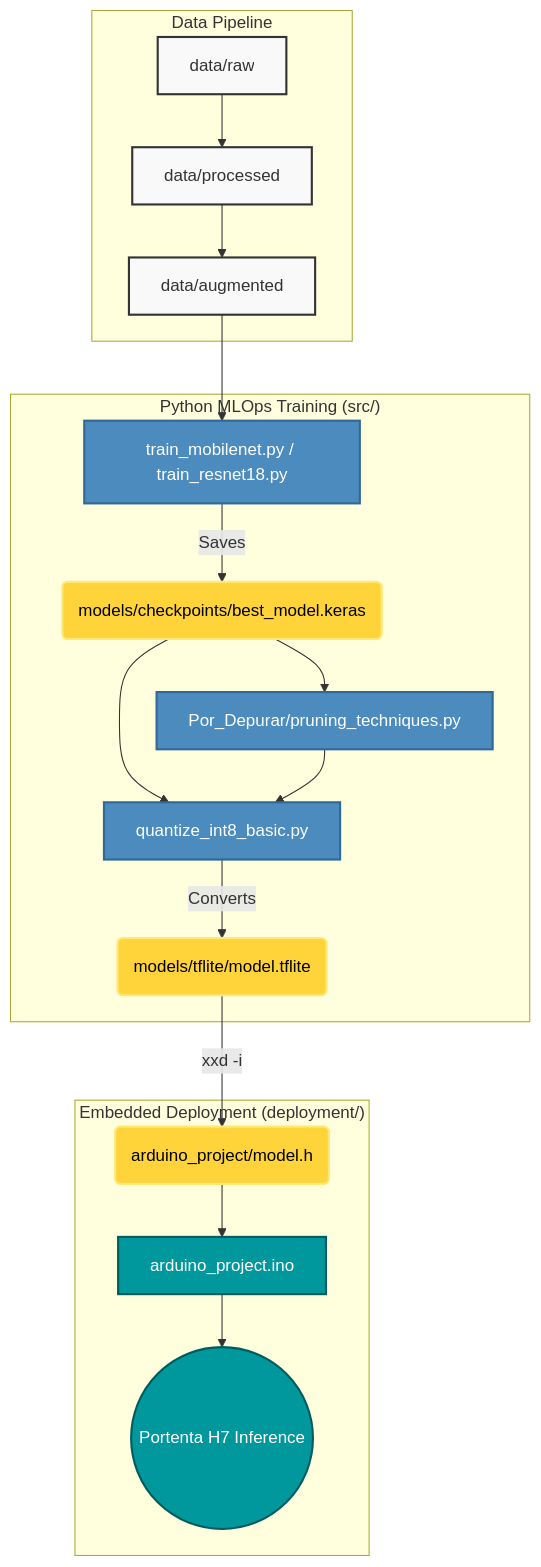
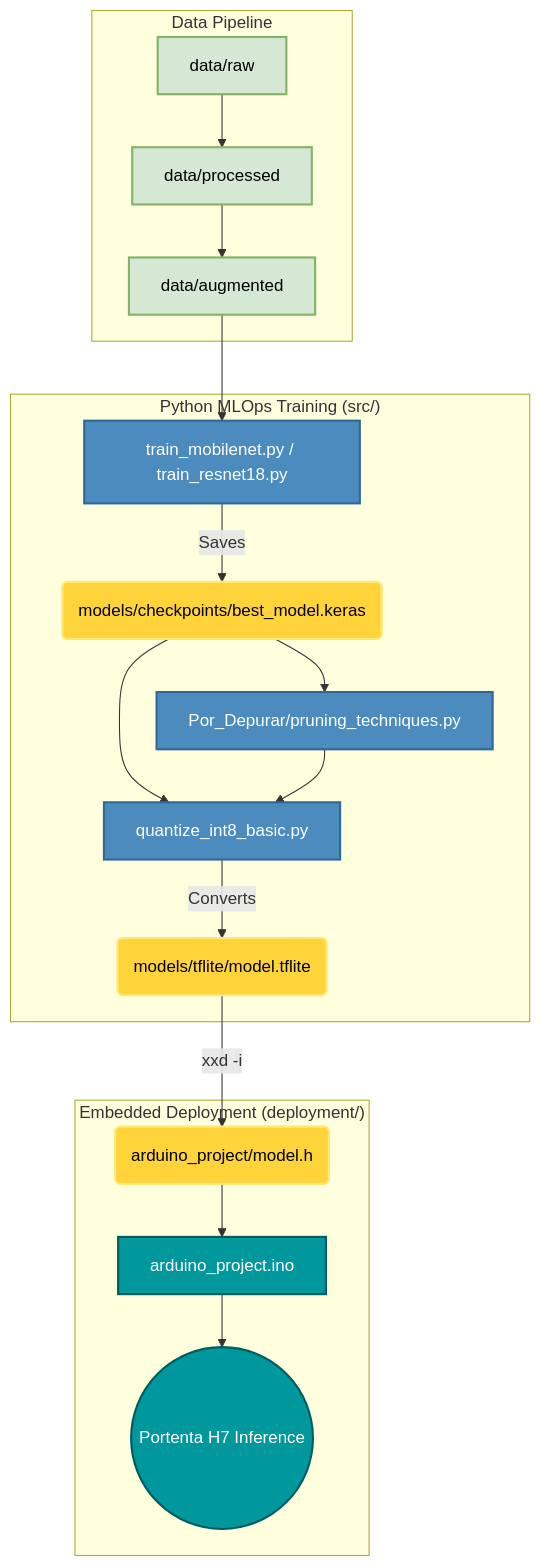
One commit to F4bian1012/Investigacion changed the diagram in README.md. Above: the diagram before and after it, drawn with Mermaid. The commit also changed other lines of this file, not shown here.

Commit message:
docs: improve diagram contrast in README.md

````diff
--- a/README.md
+++ b/README.md
@@ -30,28 +30,29 @@
 ```mermaid
 graph TD
     %% Styling
-    classDef default fill:#f9f9f9,stroke:#333,stroke-width:2px;
+    classDef default fill:#f9f9f9,stroke:#333,stroke-width:2px,color:#000;
+    classDef data fill:#D5E8D4,stroke:#82B366,stroke-width:2px,color:#000;
     classDef python fill:#4B8BBE,stroke:#306998,stroke-width:2px,color:#fff;
     classDef hardware fill:#00979D,stroke:#005C5F,stroke-width:2px,color:#fff;
     classDef artifact fill:#FFD43B,stroke:#FFE873,stroke-width:2px,color:#000;
 
     subgraph "Data Pipeline"
-        RAW[data/raw] --> PROC[data/processed]
-        PROC --> AUG[data/augmented]
+        RAW[data/raw]:::data --> PROC[data/processed]:::data
+        PROC --> AUG[data/augmented]:::data
     end
 
     subgraph "Python MLOps Training (src/)"
         AUG --> TRAIN[train_mobilenet.py / train_resnet18.py]:::python
         TRAIN -->|Saves| KERAS(models/checkpoints/best_model.keras):::artifact
         KERAS --> OPT[quantize_int8_basic.py]:::python
         KERAS --> PRUNE[Por_Depurar/pruning_techniques.py]:::python
         PRUNE --> OPT
         OPT -->|Converts| TFLITE(models/tflite/model.tflite):::artifact
     end
 
     subgraph "Embedded Deployment (deployment/)"
         TFLITE -->|xxd -i| HEADER(arduino_project/model.h):::artifact
         HEADER --> C_ENGINE[arduino_project.ino]:::hardware
         C_ENGINE --> INFERENCE((Portenta H7 Inference)):::hardware
     end
 ```
````
